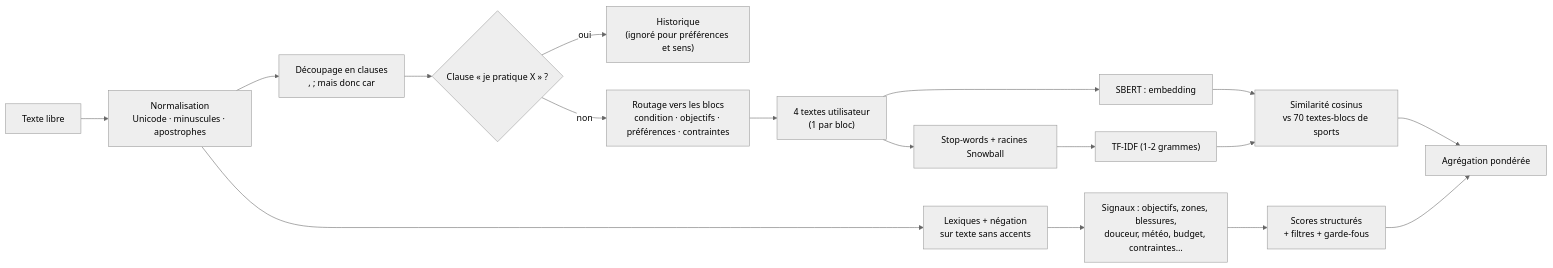
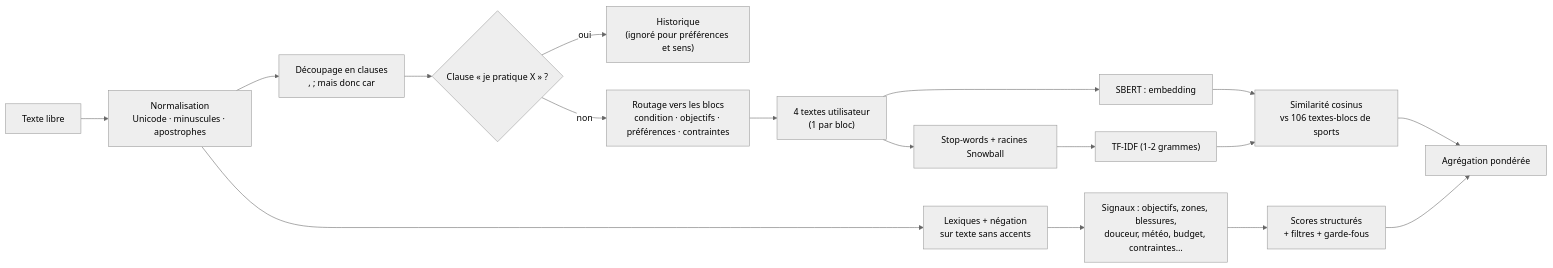
The sixth of 6 diagrams in README.md (AntoineLal/ECE-Projet-NLP), drawn with Mermaid (neutral theme) before and after one commit. The commit also changed other lines of this file and 7 other files, not shown here.

````diff
--- a/README.md
+++ b/README.md
@@ -219,18 +220,18 @@
 ```mermaid
 flowchart LR
     T["Texte libre"] --> N["Normalisation<br/>Unicode · minuscules · apostrophes"]
     N --> CL["Découpage en clauses<br/>, ; mais donc car"]
     CL --> PR{"Clause « je pratique X » ?"}
     PR -- oui --> HIST["Historique<br/>(ignoré pour préférences et sens)"]
     PR -- non --> RT["Routage vers les blocs<br/>condition · objectifs · préférences · contraintes"]
     N --> LEX["Lexiques + négation<br/>sur texte sans accents"]
     LEX --> SIG["Signaux : objectifs, zones, blessures,<br/>douceur, météo, budget, contraintes…"]
     RT --> UT["4 textes utilisateur<br/>(1 par bloc)"]
     UT --> EMB["SBERT : embedding"]
     UT --> STM["Stop-words + racines Snowball"] --> TFV["TF-IDF (1-2 grammes)"]
-    EMB --> COS["Similarité cosinus<br/>vs 70 textes-blocs de sports"]
+    EMB --> COS["Similarité cosinus<br/>vs 106 textes-blocs de sports"]
     TFV --> COS
     SIG --> STR["Scores structurés<br/>+ filtres + garde-fous"]
     COS --> AGG["Agrégation pondérée"]
     STR --> AGG
 ```
````
